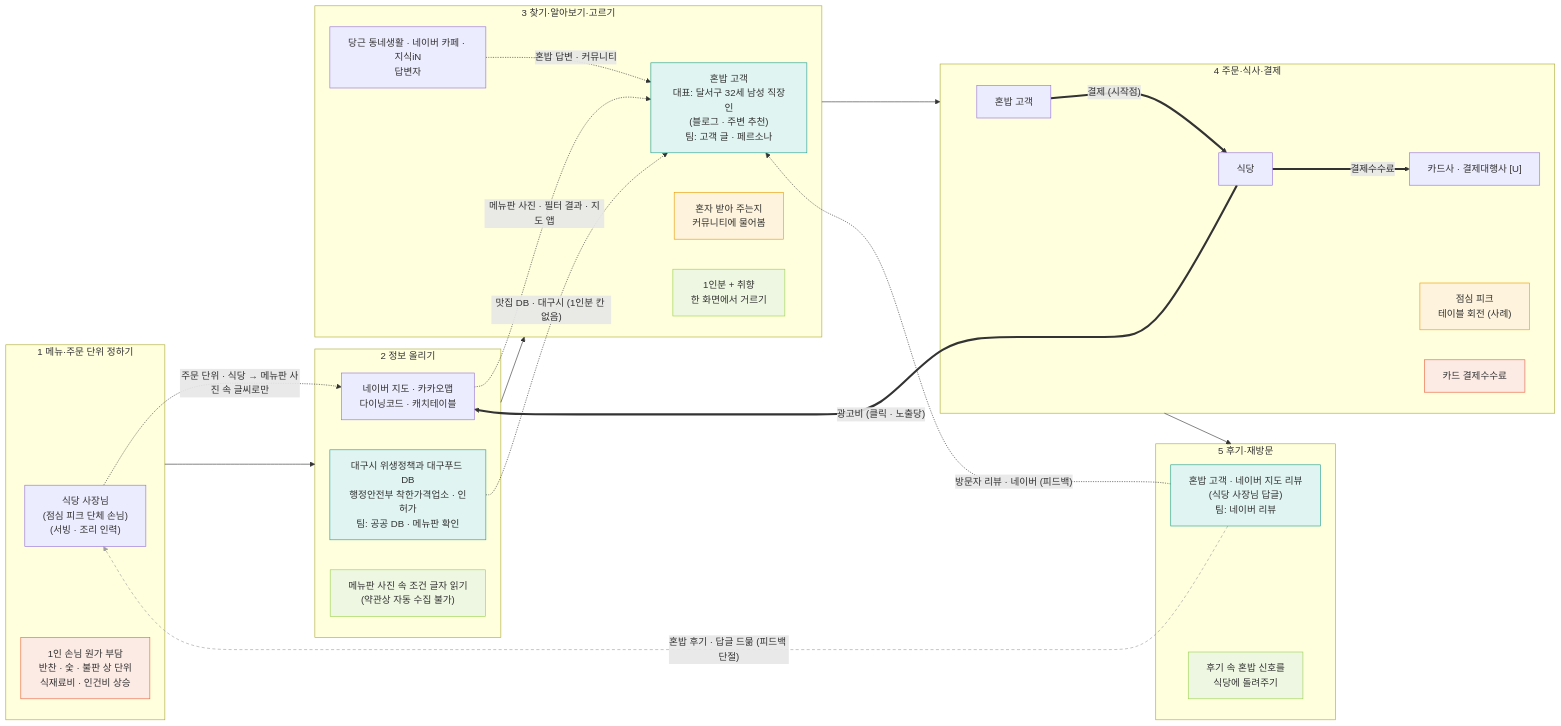
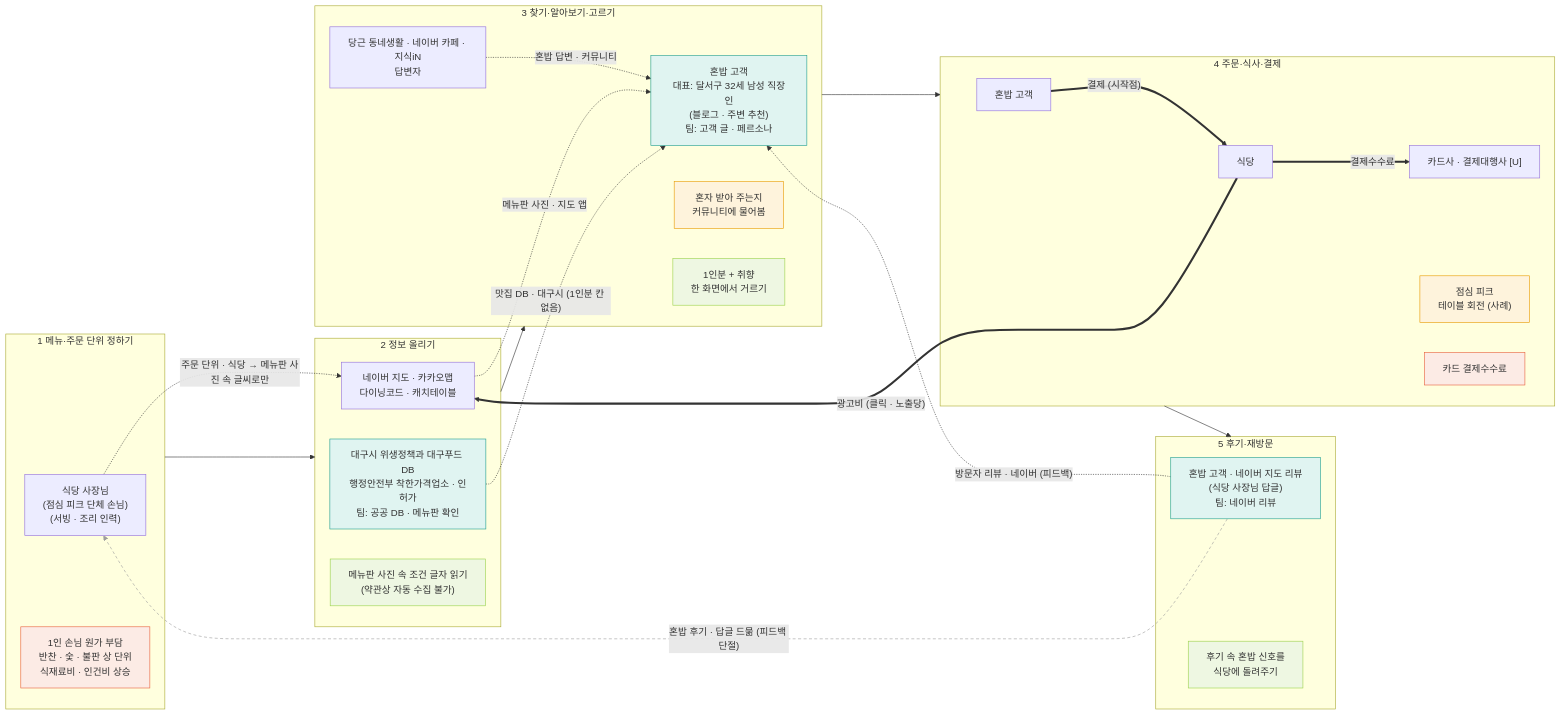
Before and after one commit to k-1026/4P: the diagram in 혼밥/밸류체인/valuechain_v2.md, drawn with Mermaid. The commit also changed other lines of this file and 2 other files, not shown here.

````diff
--- a/혼밥/밸류체인/valuechain_v2.md
+++ b/혼밥/밸류체인/valuechain_v2.md
@@ -17,48 +17,48 @@
 ```mermaid
 flowchart LR
   subgraph S1["1 메뉴·주문 단위 정하기"]
     a1["식당 사장님<br>(점심 피크 단체 손님)<br>(서빙 · 조리 인력)"]
     c1["1인 손님 원가 부담<br>반찬 · 숯 · 불판 상 단위<br>식재료비 · 인건비 상승"]:::cost
   end
   subgraph S2["2 정보 올리기"]
     a2["네이버 지도 · 카카오맵<br>다이닝코드 · 캐치테이블"]
     a2b["대구시 위생정책과 대구푸드 DB<br>행정안전부 착한가격업소 · 인허가<br>팀: 공공 DB · 메뉴판 확인"]:::team
     o1["메뉴판 사진 속 조건 글자 읽기<br>(약관상 자동 수집 불가)"]:::opp
   end
   subgraph S3["3 찾기·알아보기·고르기"]
     a3["혼밥 고객<br>대표: 달서구 32세 남성 직장인<br>(블로그 · 주변 추천)<br>팀: 고객 글 · 페르소나"]:::team
     a3b["당근 동네생활 · 네이버 카페 · 지식iN<br>답변자"]
     b1["혼자 받아 주는지<br>커뮤니티에 물어봄"]:::bottleneck
     o2["1인분 + 취향<br>한 화면에서 거르기"]:::opp
   end
   subgraph S4["4 주문·식사·결제"]
     a4c["혼밥 고객"]
     a4r["식당"]
     a4p["카드사 · 결제대행사 [U]"]
     b2["점심 피크<br>테이블 회전 (사례)"]:::bottleneck
     c2["카드 결제수수료"]:::cost
   end
   subgraph S5["5 후기·재방문"]
     a5["혼밥 고객 · 네이버 지도 리뷰<br>(식당 사장님 답글)<br>팀: 네이버 리뷰"]:::team
     o3["후기 속 혼밥 신호를<br>식당에 돌려주기"]:::opp
   end
 
   S1 --> S2 --> S3 --> S4 --> S5
 
   a4c ==>|"결제 (시작점)"| a4r
   a4r ==>|"결제수수료"| a4p
   a4r ==>|"광고비 (클릭 · 노출당)"| a2
 
   a1 -.->|"주문 단위 · 식당 → 메뉴판 사진 속 글씨로만"| a2
-  a2 -.->|"메뉴판 사진 · 필터 결과 · 지도 앱"| a3
+  a2 -.->|"메뉴판 사진 · 지도 앱"| a3
   a2b -.->|"맛집 DB · 대구시 (1인분 칸 없음)"| a3
   a3b -.->|"혼밥 답변 · 커뮤니티"| a3
   a5 -.->|"방문자 리뷰 · 네이버 (피드백)"| a3
   a5 -.->|"혼밥 후기 · 답글 드묾 (피드백 단절)"| a1
 
   classDef bottleneck fill:#FEF3DC,stroke:#E89B00
   classDef cost fill:#FCEBE5,stroke:#E8603C
   classDef opp fill:#EEF7E2,stroke:#9BD24B
   classDef team fill:#E0F4F1,stroke:#1E9E8F
   linkStyle 12 stroke:#9E9E9E,stroke-dasharray:5 4
 ```
````
